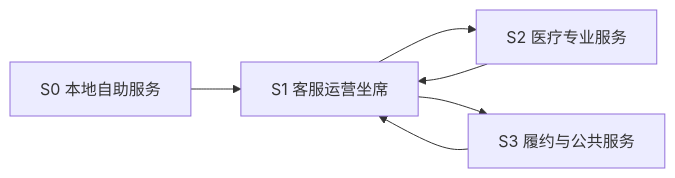
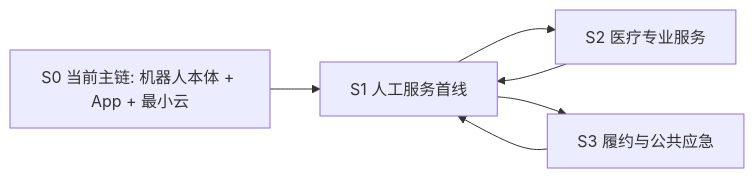
One commit to hlm12348765/Kinbot_OODA changed the second of 2 diagrams in docs/02_p1_architecture/12_human_service_and_telemedicine_boundaries.md. Above: the diagram before and after it, drawn with Mermaid. The commit also changed other lines of this file and 15 other files, not shown here.

First line of the commit message:
docs(architecture): complete v1 complexity reduction sync

````diff
--- a/docs/02_p1_architecture/12_human_service_and_telemedicine_boundaries.md
+++ b/docs/02_p1_architecture/12_human_service_and_telemedicine_boundaries.md
@@ -104,13 +91,13 @@
 ```mermaid
 flowchart LR
-    S0[S0 本地自助服务]
-    S1[S1 客服运营坐席]
+    S0[S0 当前主链: 机器人本体 + App + 最小云]
+    S1[S1 人工服务首线]
     S2[S2 医疗专业服务]
-    S3[S3 履约与公共服务]
+    S3[S3 履约与公共应急]
 
     S0 --> S1
     S1 --> S2
     S1 --> S3
     S2 --> S1
     S3 --> S1
 ```
````
